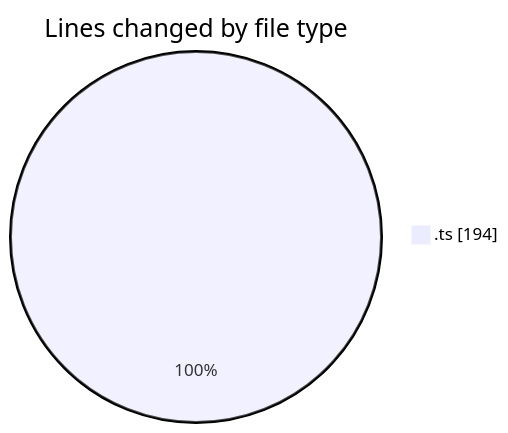
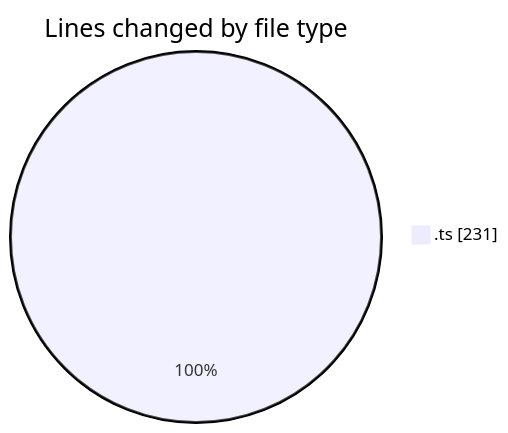
One commit to momahboobian/code-tracking changed the first of 2 diagrams in 2025-01-14/github-activity-tracker/README.md. Above: the diagram before and after it, drawn with Mermaid. The commit also changed other lines of this file and 1 other file, not shown here.

````diff
--- a/2025-01-14/github-activity-tracker/README.md
+++ b/2025-01-14/github-activity-tracker/README.md
@@ -24,5 +25,5 @@
 ```mermaid
 pie showData
 title Lines changed by file type
-".ts" : 194
+".ts" : 231
 ```
````
